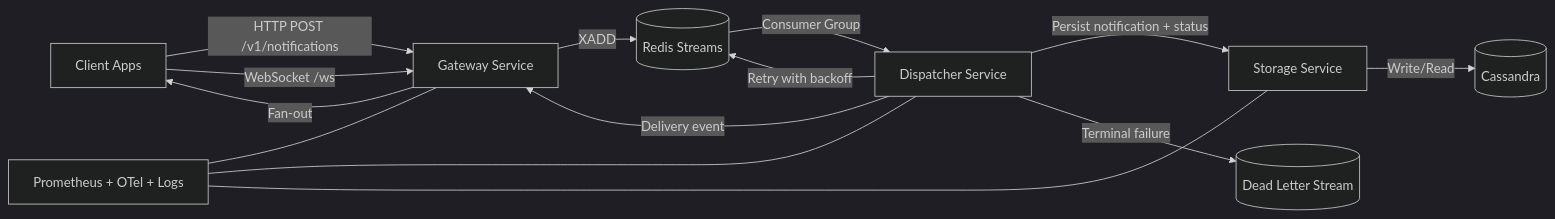
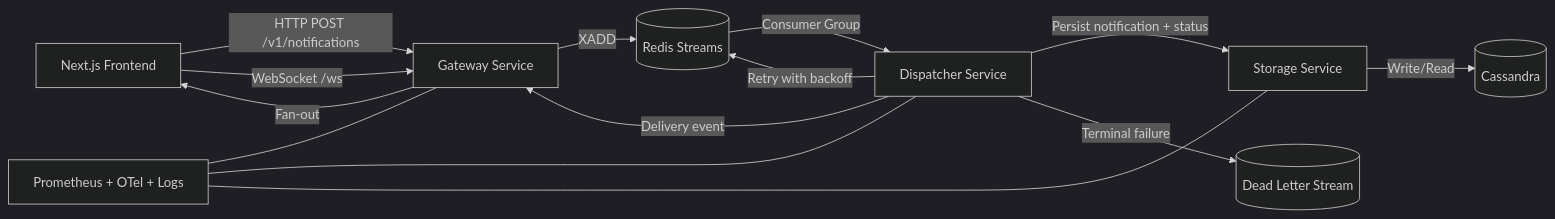
The first of 3 diagrams in README.md (arup-chauhan/Multi-Tenant-Notifications-Platform), drawn with Mermaid (dark theme) before and after one commit. The commit also changed other lines of this file and 14 other files, not shown here.

Commit message:
Migrate frontend to Next.js and update architecture diagrams

````diff
--- a/README.md
+++ b/README.md
@@ -57,21 +57,21 @@
 ```mermaid
 flowchart LR
-    C[Client Apps] -->|HTTP POST /v1/notifications| G[Gateway Service]
+    C[Next.js Frontend] -->|HTTP POST /v1/notifications| G[Gateway Service]
     C -->|WebSocket /ws| G
 
     G -->|XADD| RS[(Redis Streams)]
     RS -->|Consumer Group| D[Dispatcher Service]
 
     D -->|Persist notification + status| S[Storage Service]
     S -->|Write/Read| CA[(Cassandra)]
 
     D -->|Delivery event| G
     G -->|Fan-out| C
 
     D -->|Retry with backoff| RS
     D -->|Terminal failure| DLQ[(Dead Letter Stream)]
 
     O[Prometheus + OTel + Logs] --- G
     O --- D
     O --- S
 ```
````
